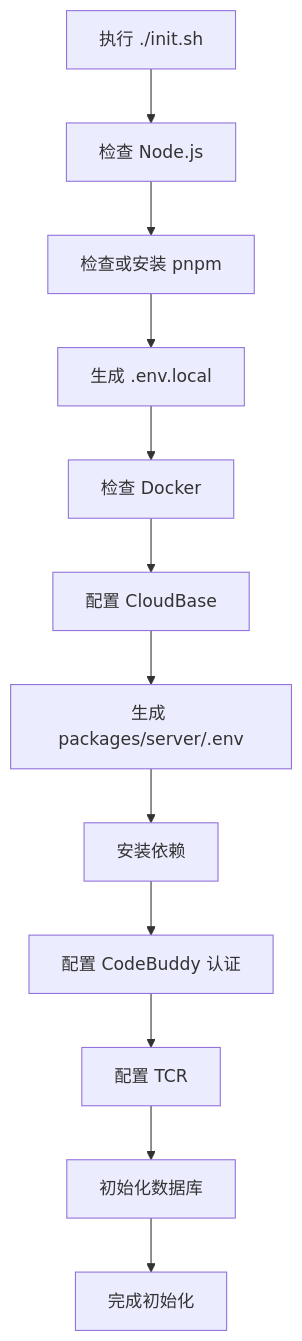
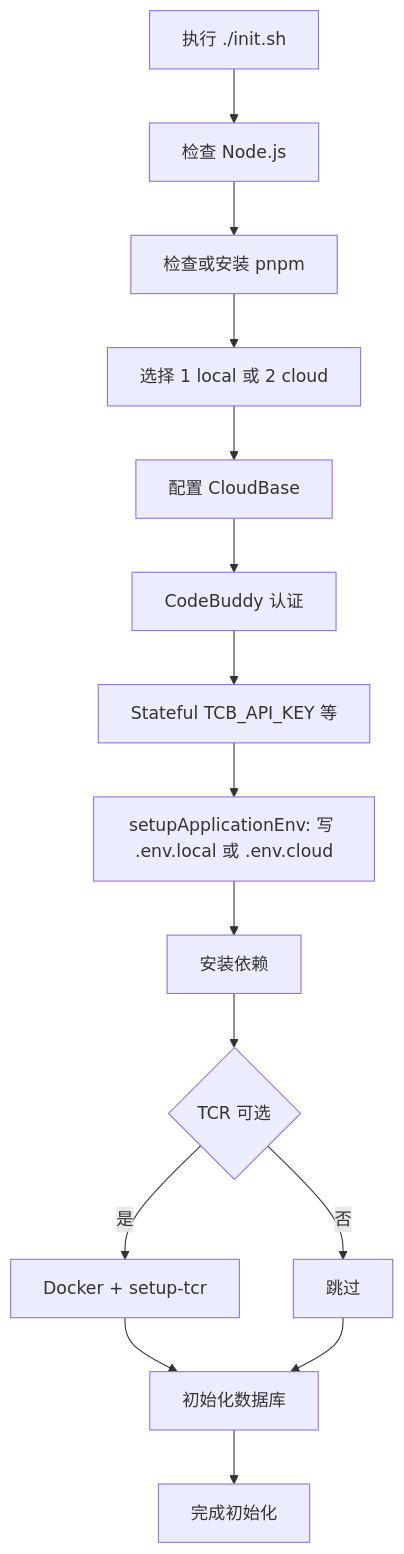
One commit to TencentCloudBase/OpenVibeCoding changed the diagram in docs/setup.md. Above: the diagram before and after it, drawn with Mermaid. The commit also changed other lines of this file and 39 other files, not shown here.

First line of the commit message:
refactor(env): split local vs cloud env files and streamline init

````diff
--- a/docs/setup.md
+++ b/docs/setup.md
@@ -53,14 +53,17 @@
 ```mermaid
 flowchart TD
     A[执行 ./init.sh] --> B[检查 Node.js]
     B --> C[检查或安装 pnpm]
-    C --> D[生成 .env.local]
-    D --> E[检查 Docker]
-    E --> F[配置 CloudBase]
-    F --> G[生成 packages/server/.env]
-    G --> H[安装依赖]
-    H --> I[配置 CodeBuddy 认证]
-    I --> J[配置 TCR]
-    J --> K[初始化数据库]
-    K --> L[完成初始化]
+    C --> D[选择 1 local 或 2 cloud]
+    D --> F[配置 CloudBase]
+    F --> G[CodeBuddy 认证]
+    G --> H[Stateful TCB_API_KEY 等]
+    H --> I[setupApplicationEnv: 写 .env.local 或 .env.cloud]
+    I --> J[安装依赖]
+    J --> K{TCR 可选}
+    K -->|是| L[Docker + setup-tcr]
+    K -->|否| M[跳过]
+    L --> N[初始化数据库]
+    M --> N
+    N --> O[完成初始化]
 ```
````
